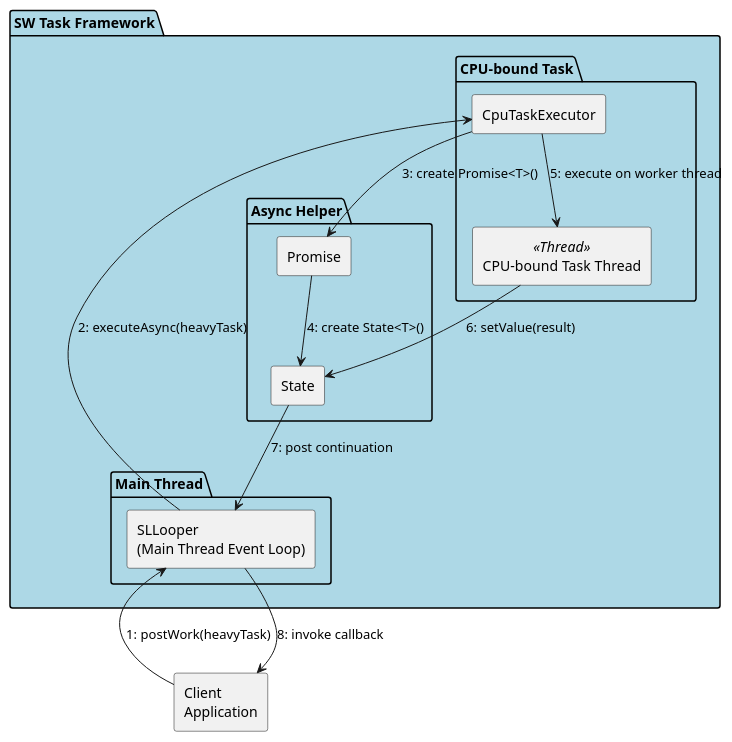
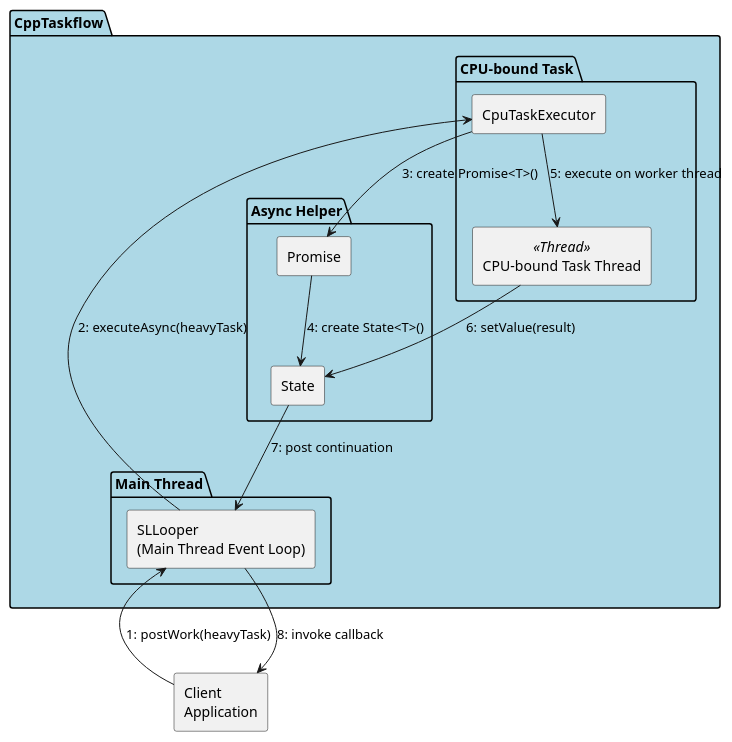
One commit to taikt/sw_task changed the diagram in doc/design/communication_diagram.puml. Above: the diagram before and after it, drawn with PlantUML. The commit also changed 16 other files, not shown here.

```diff
--- a/doc/design/communication_diagram.puml
+++ b/doc/design/communication_diagram.puml
@@ -1,33 +1,33 @@
 @startuml
-'title "SW Task Framework - postWork() for Heavy Tasks (Worker Thread)"
+'title "CppTaskflow - postWork() for Heavy Tasks (Worker Thread)"
 
 rectangle "Client\nApplication" as Client
 
-package "SW Task Framework" #LightBlue {
+package "CppTaskflow" #LightBlue {
     
     package "Main Thread" {
         rectangle "SLLooper\n(Main Thread Event Loop)" as Looper
     }
     
     package "CPU-bound Task" {
         rectangle "CpuTaskExecutor" as CpuExec
         rectangle "CPU-bound Task Thread" as WorkerThread <<Thread>>
     }
     
     package "Async Helper" {
         rectangle "Promise" as Promise
         rectangle "State" as State
     }
 }
 
 ' Heavy Task Flow (Isolated Worker Thread)
 Client --> Looper : "1: postWork(heavyTask)"
 Looper --> CpuExec : "2: executeAsync(heavyTask)"
 CpuExec --> Promise : "3: create Promise<T>()"
 Promise --> State : "4: create State<T>()"
 CpuExec --> WorkerThread : "5: execute on worker thread"
 WorkerThread --> State : "6: setValue(result)"
 State --> Looper : "7: post continuation"
 Looper --> Client : "8: invoke callback"
 
 @enduml
```
